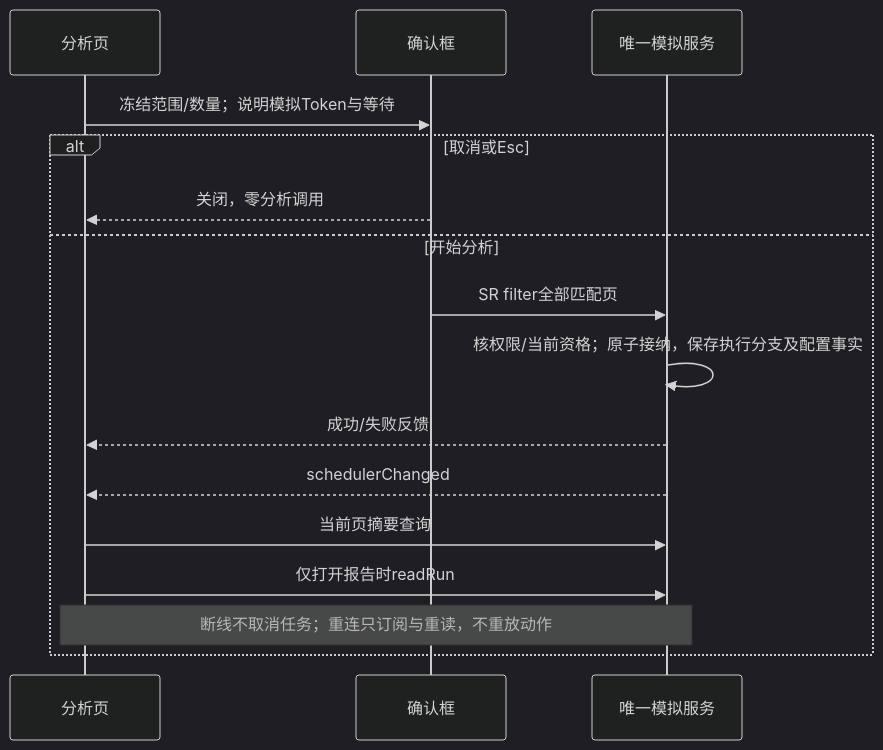
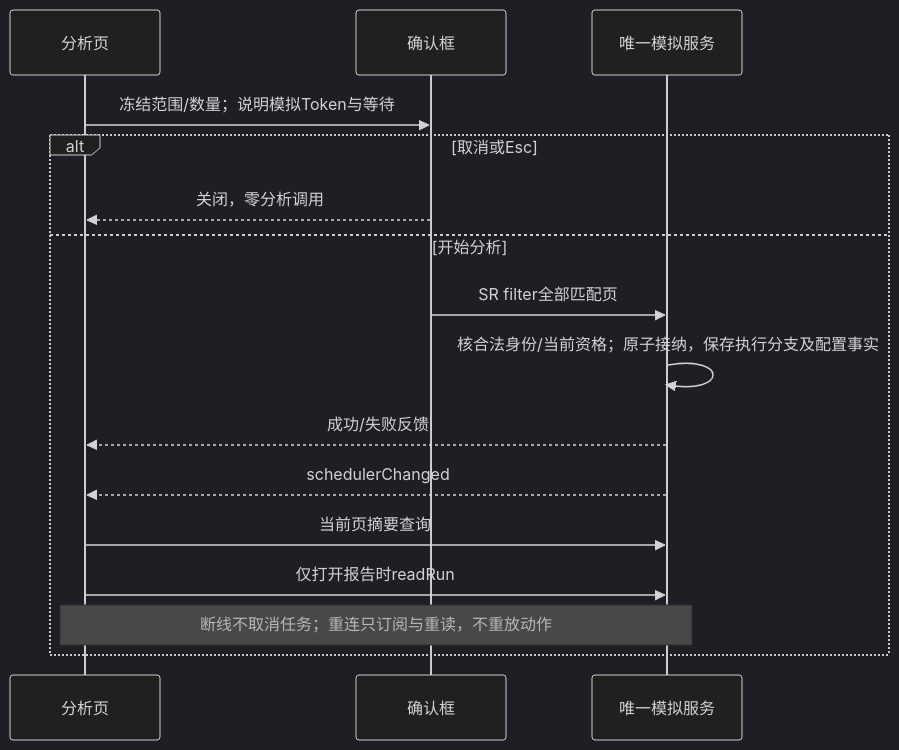
Before and after one commit to jchanghong023/ZCode: the sixth of 6 diagrams in docs/specs/aireq-migration/tracking.md, drawn with Mermaid (dark theme). The commit also changed other lines of this file and 96 other files, not shown here.

````diff
--- a/docs/specs/aireq-migration/tracking.md
+++ b/docs/specs/aireq-migration/tracking.md
@@ -220,18 +326,18 @@
 ```mermaid
 sequenceDiagram
   participant U as 分析页
   participant C as 确认框
   participant S as 唯一模拟服务
   U->>C: 冻结范围/数量；说明模拟Token与等待
   alt 取消或Esc
     C-->>U: 关闭，零分析调用
   else 开始分析
     C->>S: SR filter全部匹配页
-    S->>S: 核权限/当前资格；原子接纳，保存执行分支及配置事实
+    S->>S: 核合法身份/当前资格；原子接纳，保存执行分支及配置事实
     S-->>U: 成功/失败反馈
     S-->>U: schedulerChanged
     U->>S: 当前页摘要查询
     U->>S: 仅打开报告时readRun
     Note over U,S: 断线不取消任务；重连只订阅与重读，不重放动作
   end
 ```
````
